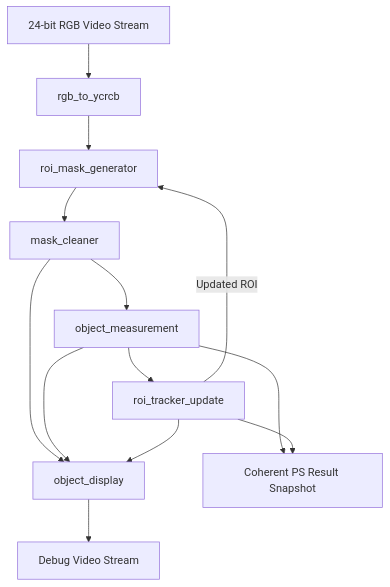
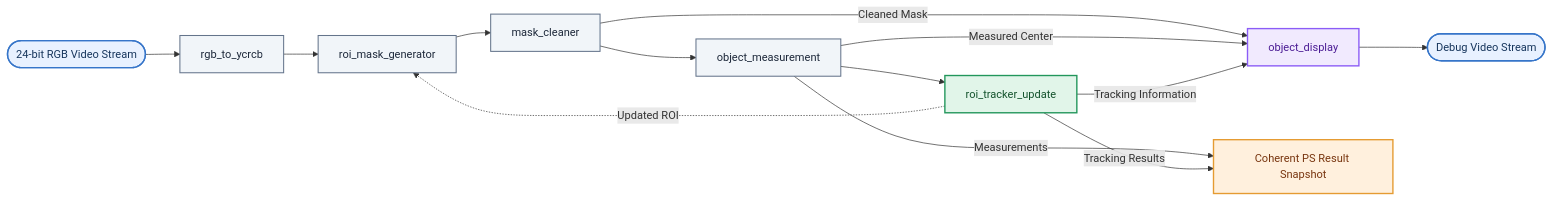
Before and after one commit to RL-Hillman/pynq_z2_object_tracking_system: the diagram in README.md, drawn with Mermaid.

````diff
--- a/README.md
+++ b/README.md
@@ -260,19 +260,42 @@
 ```mermaid
-flowchart TD
-    A[24-bit RGB Video Stream] --> B[rgb_to_ycrcb]
-    B --> C[roi_mask_generator]
-    C --> D[mask_cleaner]
-    D --> E[object_measurement]
-    E --> F[roi_tracker_update]
+flowchart LR
+    A(["24-bit RGB Video Stream"])
+    B["rgb_to_ycrcb"]
+    C["roi_mask_generator"]
+    D["mask_cleaner"]
+    E["object_measurement"]
+    F["roi_tracker_update"]
 
-    F -->|Updated ROI| C
+    G["object_display"]
+    H["Coherent PS Result Snapshot"]
+    I(["Debug Video Stream"])
 
-    D --> G[object_display]
-    E --> G
-    F --> G
+    %% Main processing pipeline
+    A --> B --> C --> D --> E --> F
 
-    E --> H[Coherent PS Result Snapshot]
-    F --> H
+    %% ROI feedback
+    F -.->|Updated ROI| C
 
-    G --> I[Debug Video Stream]
+    %% Debug display
+    D -->|Cleaned Mask| G
+    E -->|Measured Center| G
+    F -->|Tracking Information| G
+    G --> I
+
+    %% PS results
+    E -->|Measurements| H
+    F -->|Tracking Results| H
+
+    %% Node styling
+    classDef input fill:#E8F1FF,stroke:#3675C9,stroke-width:2px,color:#17365D
+    classDef process fill:#F1F5F9,stroke:#64748B,stroke-width:1.5px,color:#1E293B
+    classDef tracker fill:#E1F5E9,stroke:#22965B,stroke-width:2px,color:#14532D
+    classDef display fill:#F1EAFE,stroke:#8B5CF6,stroke-width:2px,color:#4C1D95
+    classDef result fill:#FFF0DD,stroke:#E59B32,stroke-width:2px,color:#78350F
+
+    class A,I input
+    class B,C,D,E process
+    class F tracker
+    class G display
+    class H result
 ```
````
